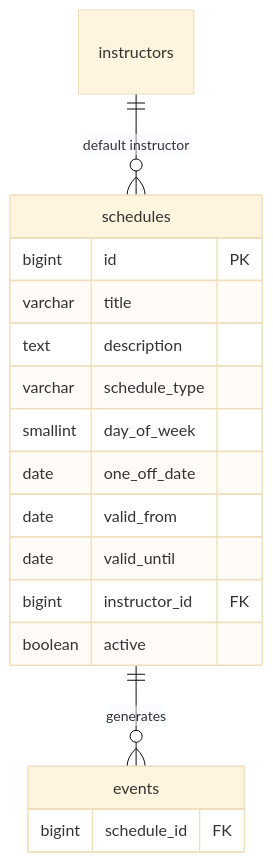
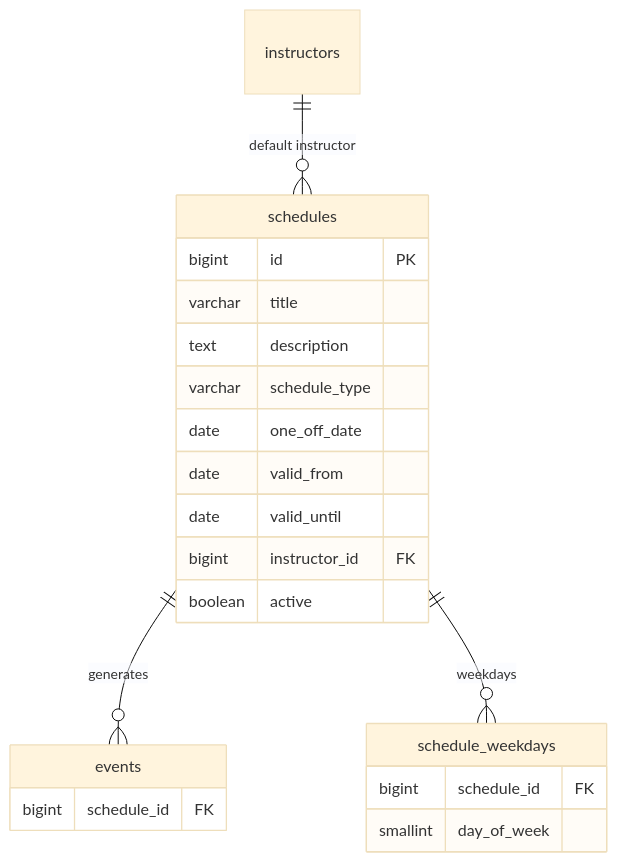
The fifth of 5 diagrams in database.md (aoikk45-web/minsuke-springboot_02), drawn with Mermaid (base theme) before and after one commit. The commit also changed other lines of this file and 35 other files, not shown here.

````diff
--- a/database.md
+++ b/database.md
@@ -508,20 +509,24 @@
 ```mermaid
 erDiagram
     schedules ||--o{ events : generates
+    schedules ||--o{ schedule_weekdays : weekdays
     instructors ||--o{ schedules : "default instructor"
     schedules {
         bigint id PK
         varchar title
         text description
         varchar schedule_type
-        smallint day_of_week
         date one_off_date
         date valid_from
         date valid_until
         bigint instructor_id FK
         boolean active
     }
+    schedule_weekdays {
+        bigint schedule_id FK
+        smallint day_of_week
+    }
     events {
         bigint schedule_id FK
     }
 ```
````
